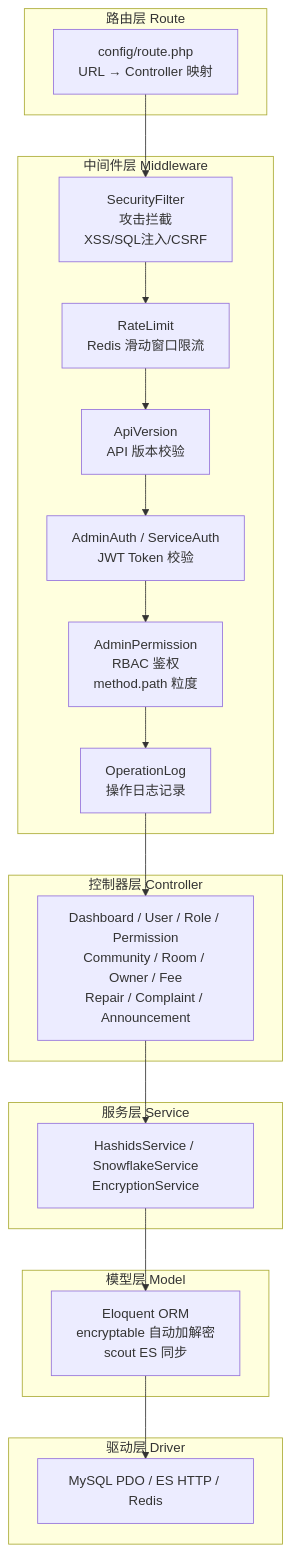
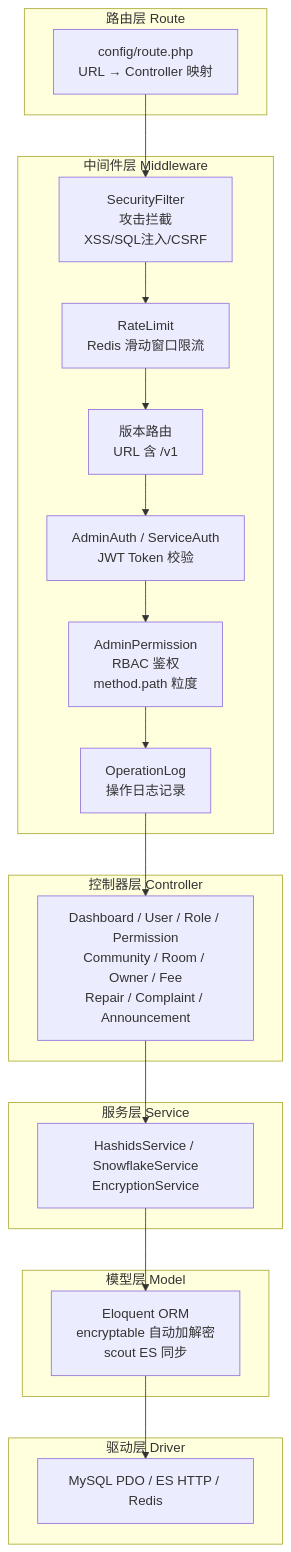
One commit to erikwang2013/property-management-platform changed the second of 10 diagrams in docs/ARCHITECTURE.md. Above: the diagram before and after it, drawn with Mermaid. The commit also changed other lines of this file and 101 other files, not shown here.

First line of the commit message:
P19 URL 版本路由交付：API 版本从请求头迁入接口路由（/api/v1/*、/service/v1/*、/open/v1/*）+ HarmonyOS/loadtest 适配 + 中英与 12 语言文档全量同步 + CHANGELOG v1.3.0

````diff
--- a/docs/ARCHITECTURE.md
+++ b/docs/ARCHITECTURE.md
@@ -43,34 +43,34 @@
 ```mermaid
 flowchart TD
     subgraph "路由层 Route"
         R1["config/route.php<br/>URL → Controller 映射"]
     end
 
     subgraph "中间件层 Middleware"
         M_SF["SecurityFilter<br/>攻击拦截<br/>XSS/SQL注入/CSRF"]
         M_RL["RateLimit<br/>Redis 滑动窗口限流"]
-        M0["ApiVersion<br/>API 版本校验"]
+        M0["版本路由<br/>URL 含 /v1"]
         M1["AdminAuth / ServiceAuth<br/>JWT Token 校验"]
         M2["AdminPermission<br/>RBAC 鉴权<br/>method.path 粒度"]
         M_OP["OperationLog<br/>操作日志记录"]
     end
 
     subgraph "控制器层 Controller"
         CT["Dashboard / User / Role / Permission<br/>Community / Room / Owner / Fee<br/>Repair / Complaint / Announcement"]
     end
 
     subgraph "服务层 Service"
         S["HashidsService / SnowflakeService<br/>EncryptionService"]
     end
 
     subgraph "模型层 Model"
         MD["Eloquent ORM<br/>encryptable 自动加解密<br/>scout ES 同步"]
     end
 
     subgraph "驱动层 Driver"
         D["MySQL PDO / ES HTTP / Redis"]
     end
 
     R1 --> M_SF --> M_RL --> M0 --> M1 --> M2 --> M_OP --> CT
     CT --> S --> MD --> D
 ```
````
